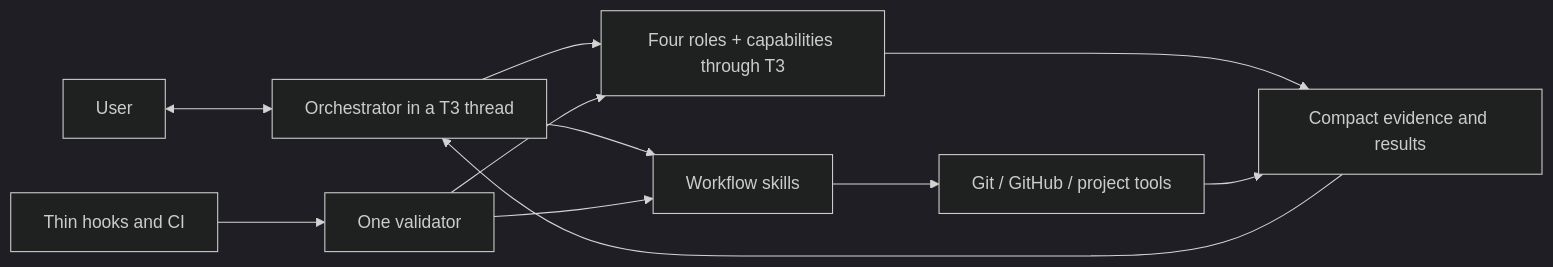
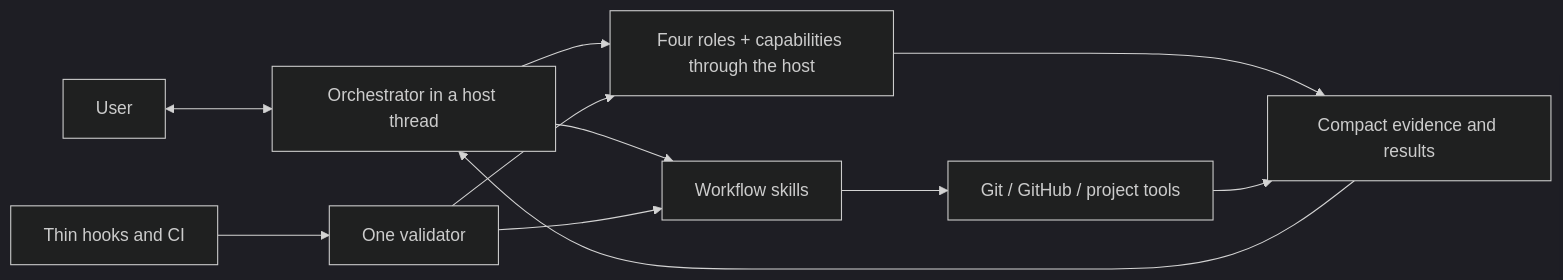
The diagram in docs/ARCHITECTURE.md (FranciscoJSBarragan/Orchestra), drawn with Mermaid (dark theme) before and after one commit. The commit also changed other lines of this file and 32 other files, not shown here.

````diff
--- a/docs/ARCHITECTURE.md
+++ b/docs/ARCHITECTURE.md
@@ -10,13 +10,13 @@
 ```mermaid
 flowchart LR
-    U["User"] <--> O["Orchestrator in a T3 thread"]
-    O --> A["Four roles + capabilities through T3"]
+    U["User"] <--> O["Orchestrator in a host thread"]
+    O --> A["Four roles + capabilities through the host"]
     O --> W["Workflow skills"]
     W --> G["Git / GitHub / project tools"]
     A --> E["Compact evidence and results"]
     G --> E
     E --> O
     V["One validator"] --> W
     V --> A
     H["Thin hooks and CI"] --> V
 ```
````
